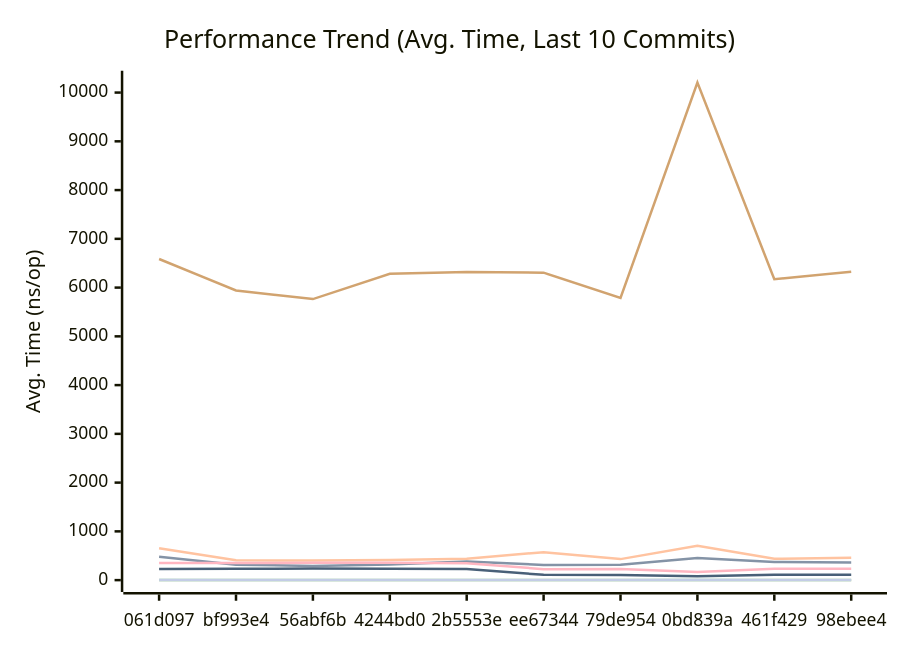
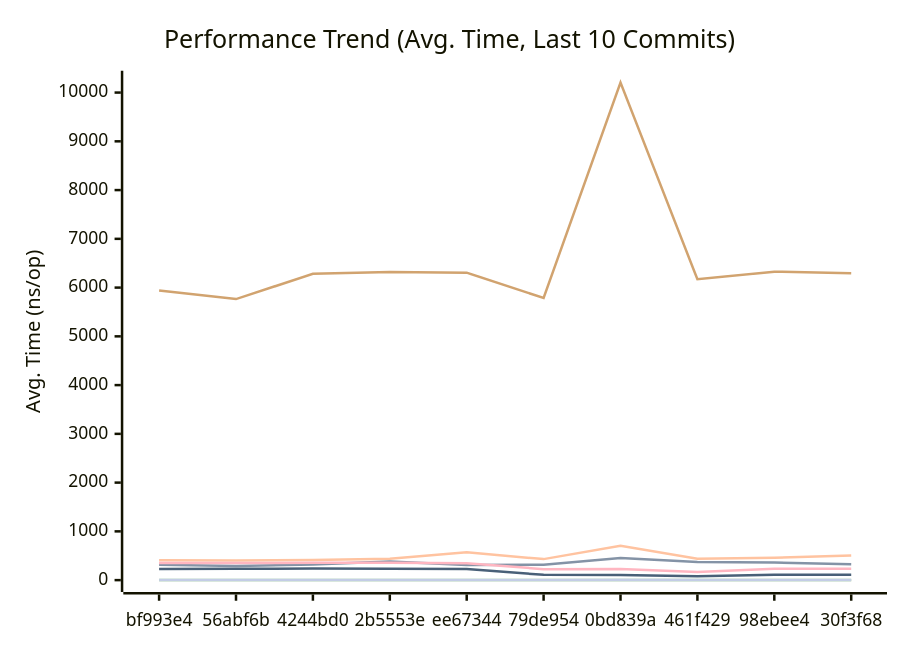
One commit to alsotoes/momo changed the first of 3 diagrams in docs/PERFORMANCE.md. Above: the diagram before and after it, drawn with Mermaid. The commit also changed other lines of this file and 2 other files, not shown here.

````diff
--- a/docs/PERFORMANCE.md
+++ b/docs/PERFORMANCE.md
@@ -80,16 +80,16 @@
 ```mermaid
 xychart-beta
     title "Performance Trend (Avg. Time, Last 10 Commits)"
     x-axis "Commit"
     y-axis "Avg. Time (ns/op)"
-    x-axis [061d097,bf993e4,56abf6b,4244bd0,2b5553e,ee67344,79de954,0bd839a,461f429,98ebee4]
-    line "CheckMetricsAndSwap" [11,7,9,8,8,10,8,18,9,10]
-    line "CrushOptimized" [480,316,291,320,382,312,314,456,371,361]
-    line "CrushOriginal" [653,408,400,411,439,573,431,705,437,457]
+    x-axis [bf993e4,56abf6b,4244bd0,2b5553e,ee67344,79de954,0bd839a,461f429,98ebee4,30f3f68]
+    line "CheckMetricsAndSwap" [7,9,8,8,10,8,18,9,10,8]
+    line "CrushOptimized" [316,291,320,382,312,314,456,371,361,325]
+    line "CrushOriginal" [408,400,411,439,573,431,705,437,457,505]
     line "IndexDirectTracking" [0,0,0,0,0,0,0,0,0,0]
     line "IndexSearch" [3,3,3,3,3,3,3,3,3,3]
-    line "LoadGlobalConfig" [6586,5941,5764,6283,6321,6306,5787,10204,6171,6327]
-    line "PadString" [3,2,2,2,2,2,2,2,2,2]
+    line "LoadGlobalConfig" [5941,5764,6283,6321,6306,5787,10204,6171,6327,6294]
+    line "PadString" [2,2,2,2,2,2,2,2,2,3]
     line "ParseReplicationOrder_NoPrealloc" [350,349,357,354,345,225,229,165,232,234]
     line "ParseReplicationOrder_Prealloc" [229,231,237,234,229,108,107,80,110,109]
 ```
````
